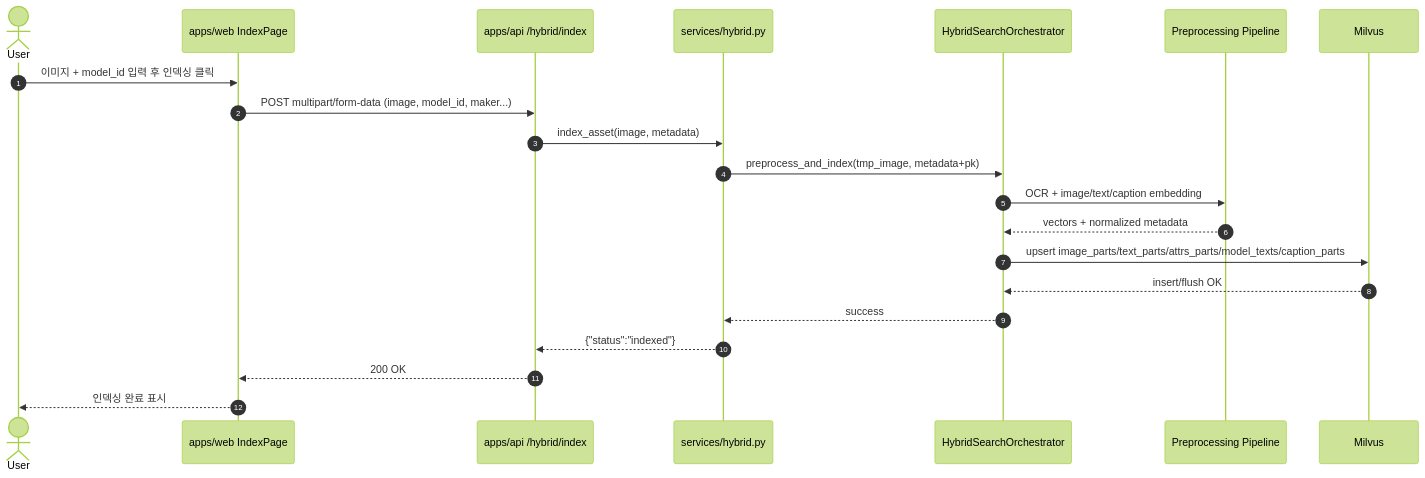
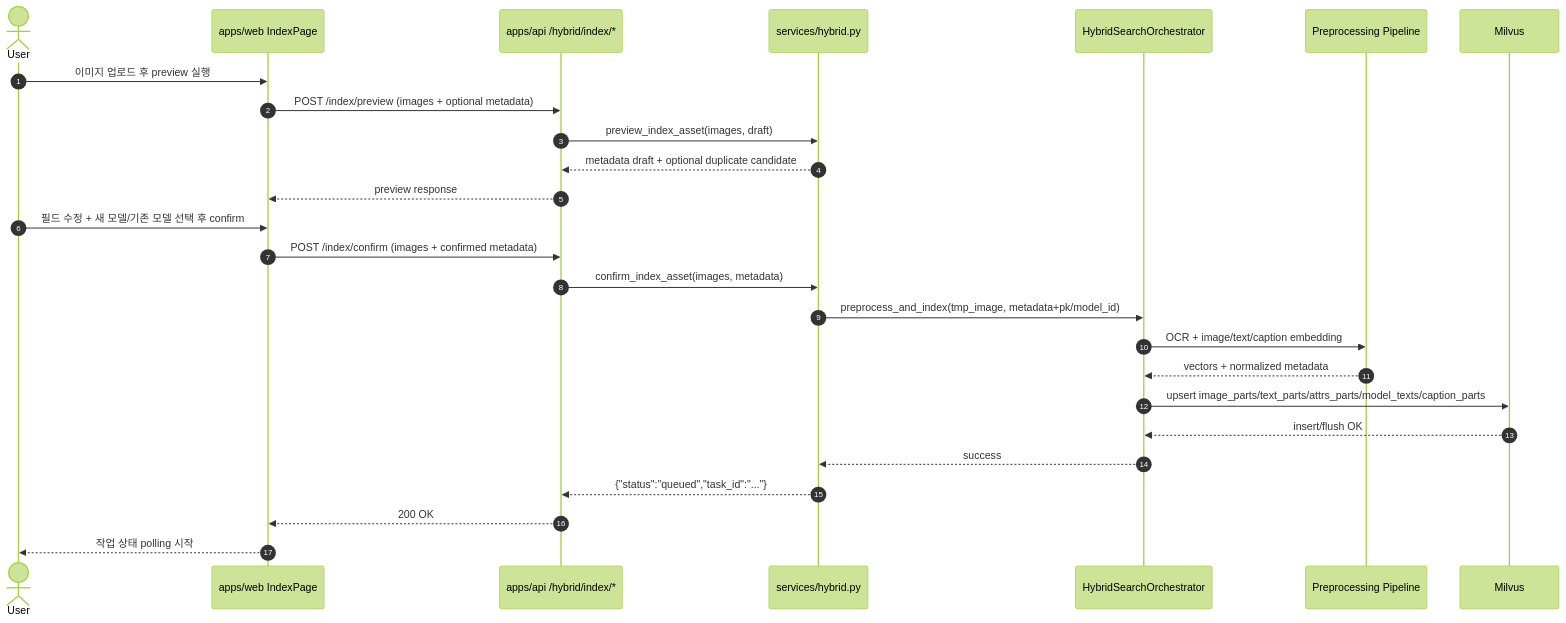
Before and after one commit to hshlalla/Smart_vision: the fourth of 4 diagrams in docs/architecture/ARCHITECTURE_MERMAID.md, drawn with Mermaid (forest theme). The commit also changed other lines of this file and 27 other files, not shown here.

````diff
--- a/docs/architecture/ARCHITECTURE_MERMAID.md
+++ b/docs/architecture/ARCHITECTURE_MERMAID.md
@@ -104,24 +104,29 @@
 ```mermaid
 sequenceDiagram
   autonumber
   actor User
   participant Web as apps/web IndexPage
-  participant API as apps/api /hybrid/index
+  participant API as apps/api /hybrid/index/*
   participant HS as services/hybrid.py
   participant Orch as HybridSearchOrchestrator
   participant Pre as Preprocessing Pipeline
   participant Milvus as Milvus
 
-  User->>Web: 이미지 + model_id 입력 후 인덱싱 클릭
-  Web->>API: POST multipart/form-data (image, model_id, maker...)
-  API->>HS: index_asset(image, metadata)
-  HS->>Orch: preprocess_and_index(tmp_image, metadata+pk)
+  User->>Web: 이미지 업로드 후 preview 실행
+  Web->>API: POST /index/preview (images + optional metadata)
+  API->>HS: preview_index_asset(images, draft)
+  HS-->>API: metadata draft + optional duplicate candidate
+  API-->>Web: preview response
+  User->>Web: 필드 수정 + 새 모델/기존 모델 선택 후 confirm
+  Web->>API: POST /index/confirm (images + confirmed metadata)
+  API->>HS: confirm_index_asset(images, metadata)
+  HS->>Orch: preprocess_and_index(tmp_image, metadata+pk/model_id)
   Orch->>Pre: OCR + image/text/caption embedding
   Pre-->>Orch: vectors + normalized metadata
   Orch->>Milvus: upsert image_parts/text_parts/attrs_parts/model_texts/caption_parts
   Milvus-->>Orch: insert/flush OK
   Orch-->>HS: success
-  HS-->>API: {"status":"indexed"}
+  HS-->>API: {"status":"queued","task_id":"..."}
   API-->>Web: 200 OK
-  Web-->>User: 인덱싱 완료 표시
+  Web-->>User: 작업 상태 polling 시작
 ```
````
